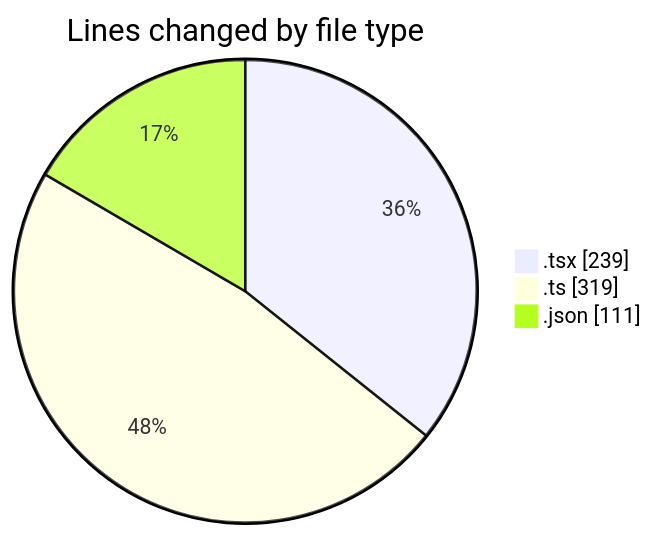
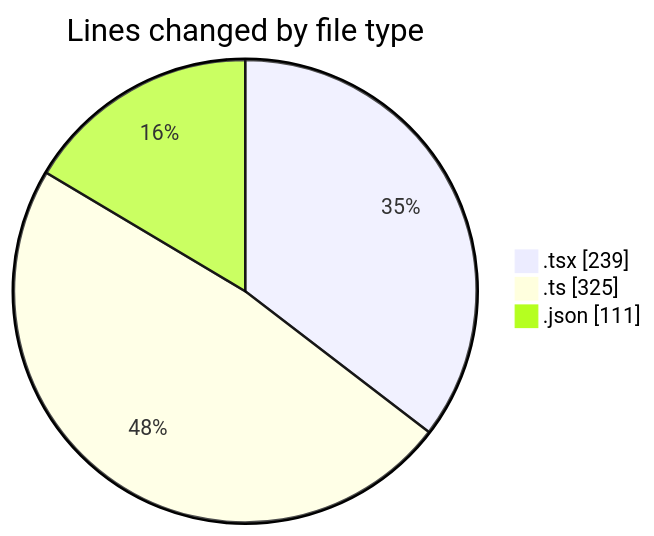
The first of 2 diagrams in 2025-11-08/eventscop-frontend-guide__workspace_/README.md (julien-gomy/code-tracking), drawn with Mermaid before and after one commit. The commit also changed other lines of this file and 1 other file, not shown here.

````diff
--- a/2025-11-08/eventscop-frontend-guide__workspace_/README.md
+++ b/2025-11-08/eventscop-frontend-guide__workspace_/README.md
@@ -26,7 +26,7 @@
 ```mermaid
 pie showData
 title Lines changed by file type
 ".tsx" : 239
-".ts" : 319
+".ts" : 325
 ".json" : 111
 ```
````
